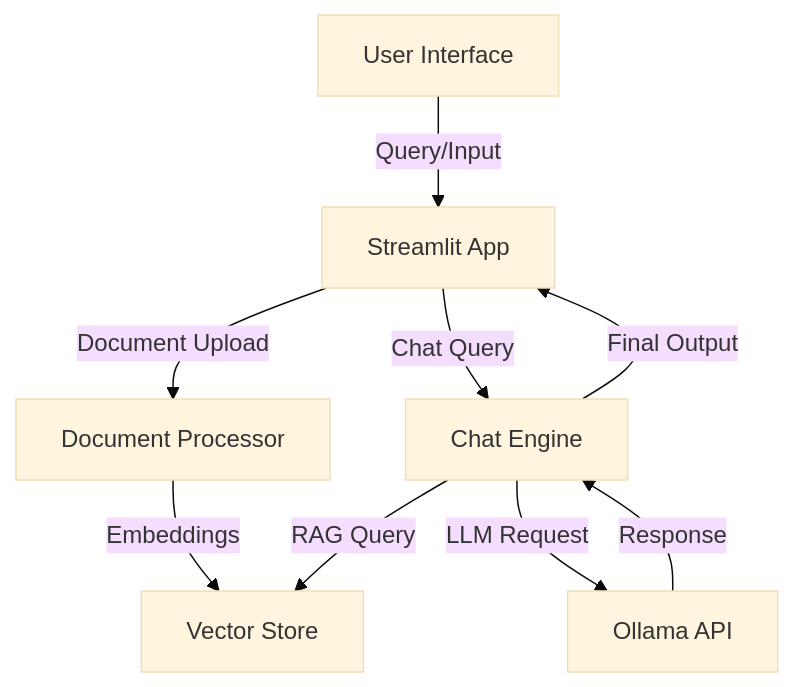
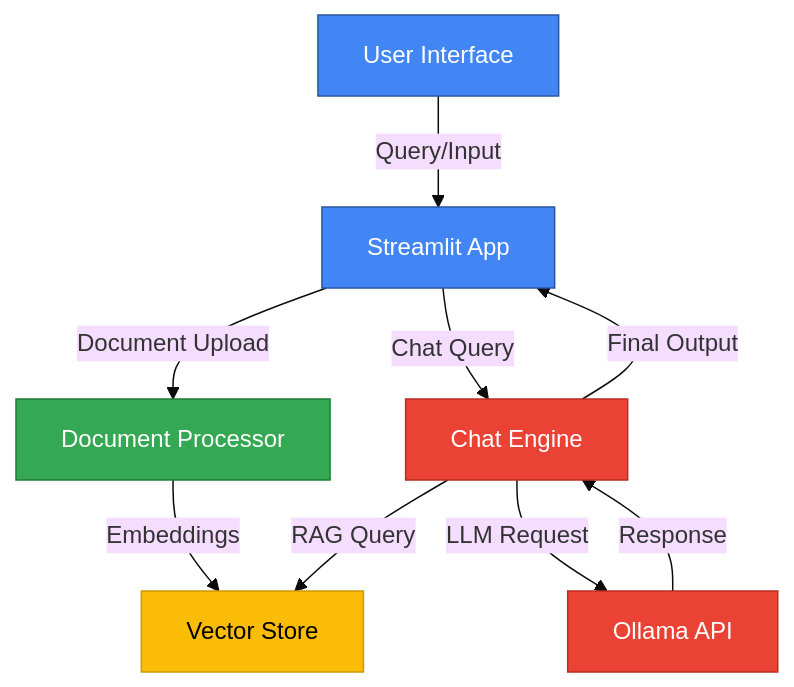
The first of 4 diagrams in README.md (khaosans/basic-chat), drawn with Mermaid (base theme) before and after one commit. The commit also changed other lines of this file, not shown here.

First line of the commit message:
docs: update README with enhanced diagrams and descriptions

````diff
--- a/README.md
+++ b/README.md
@@ -37,11 +39,25 @@
 ```mermaid
 graph TD
-    A[User Interface] -->|Query/Input| B[Streamlit App]
-    B -->|Document Upload| C[Document Processor]
-    B -->|Chat Query| D[Chat Engine]
-    D -->|RAG Query| E[Vector Store]
-    D -->|LLM Request| F[Ollama API]
+    %% Color definitions
+    classDef primary fill:#4285f4,stroke:#2956a3,color:white
+    classDef secondary fill:#34a853,stroke:#1e7e34,color:white
+    classDef accent fill:#ea4335,stroke:#b92d22,color:white
+    classDef storage fill:#fbbc05,stroke:#cc9a04,color:black
+
+    A[User Interface]:::primary -->|Query/Input| B[Streamlit App]:::primary
+    B -->|Document Upload| C[Document Processor]:::secondary
+    B -->|Chat Query| D[Chat Engine]:::accent
+    D -->|RAG Query| E[Vector Store]:::storage
+    D -->|LLM Request| F[Ollama API]:::accent
     C -->|Embeddings| E
     F -->|Response| D
     D -->|Final Output| B
+
+    %% Tooltips
+    click A "Primary user interaction point"
+    click B "Core application logic"
+    click C "Handles document processing and analysis"
+    click D "Manages chat interactions and responses"
+    click E "ChromaDB for vector storage"
+    click F "Local LLM integration"
 ```
````
